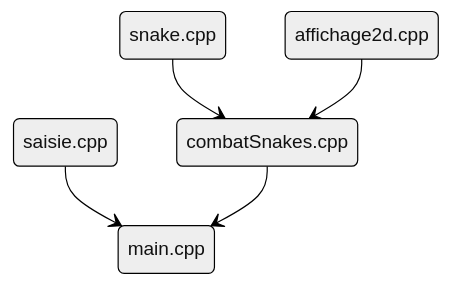
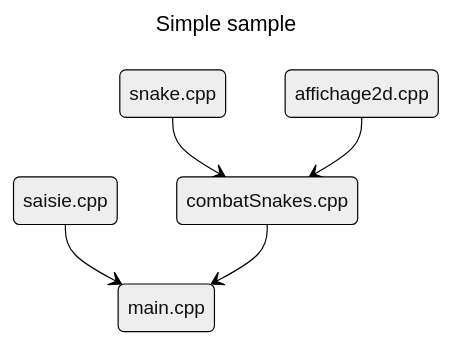
Before and after one commit to Balkghar/08_Snake: the diagram in README.md, drawn with Mermaid (neutral theme).

````diff
--- a/README.md
+++ b/README.md
@@ -32,7 +32,10 @@
  ```mermaid
- stateDiagram
+ ---
+ title: Simple sample
+ ---
+ stateDiagram-v2
      saisie.cpp --> main.cpp
      combatSnakes.cpp --> main.cpp
      snake.cpp --> combatSnakes.cpp
      affichage2d.cpp --> combatSnakes.cpp
  ```
````
